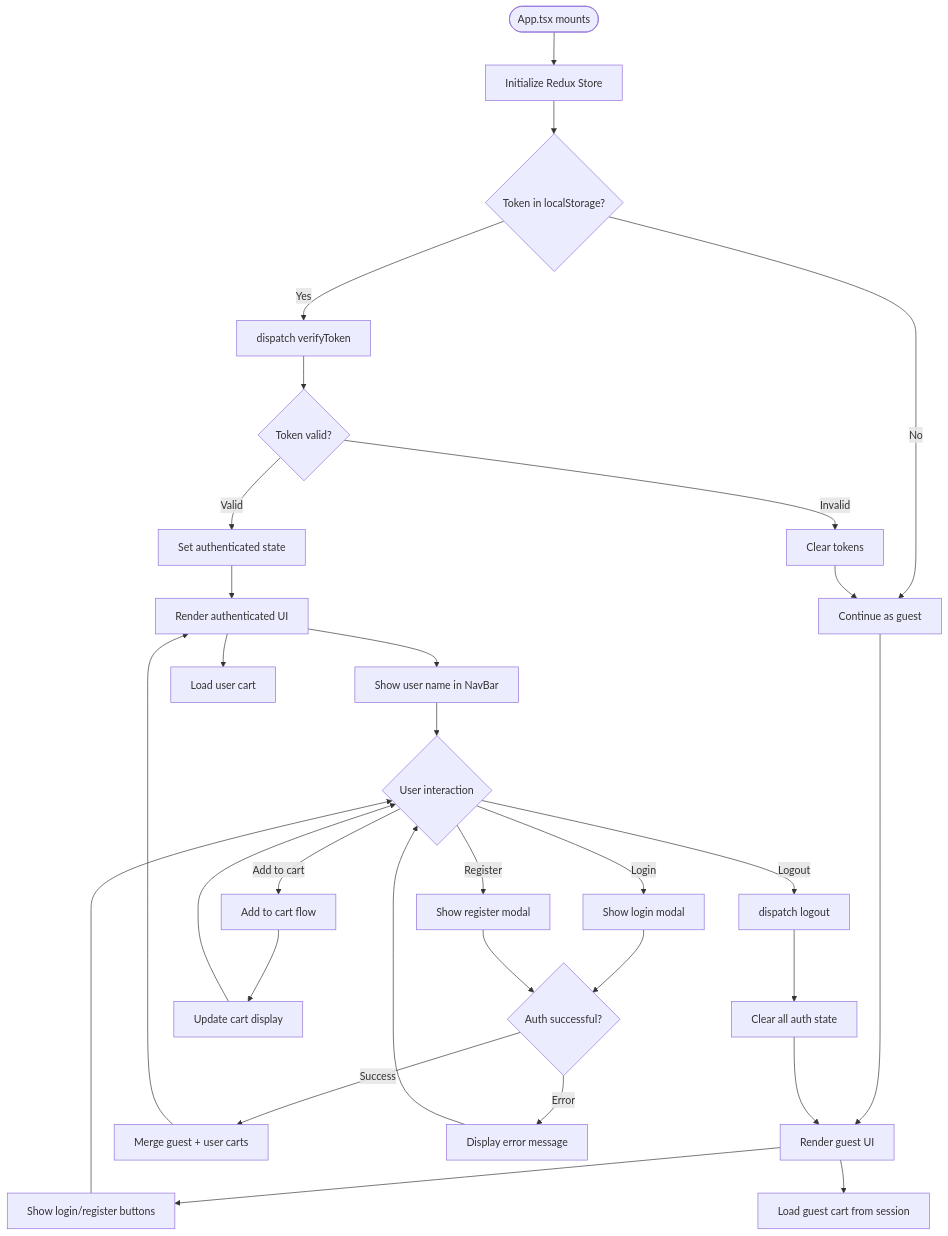
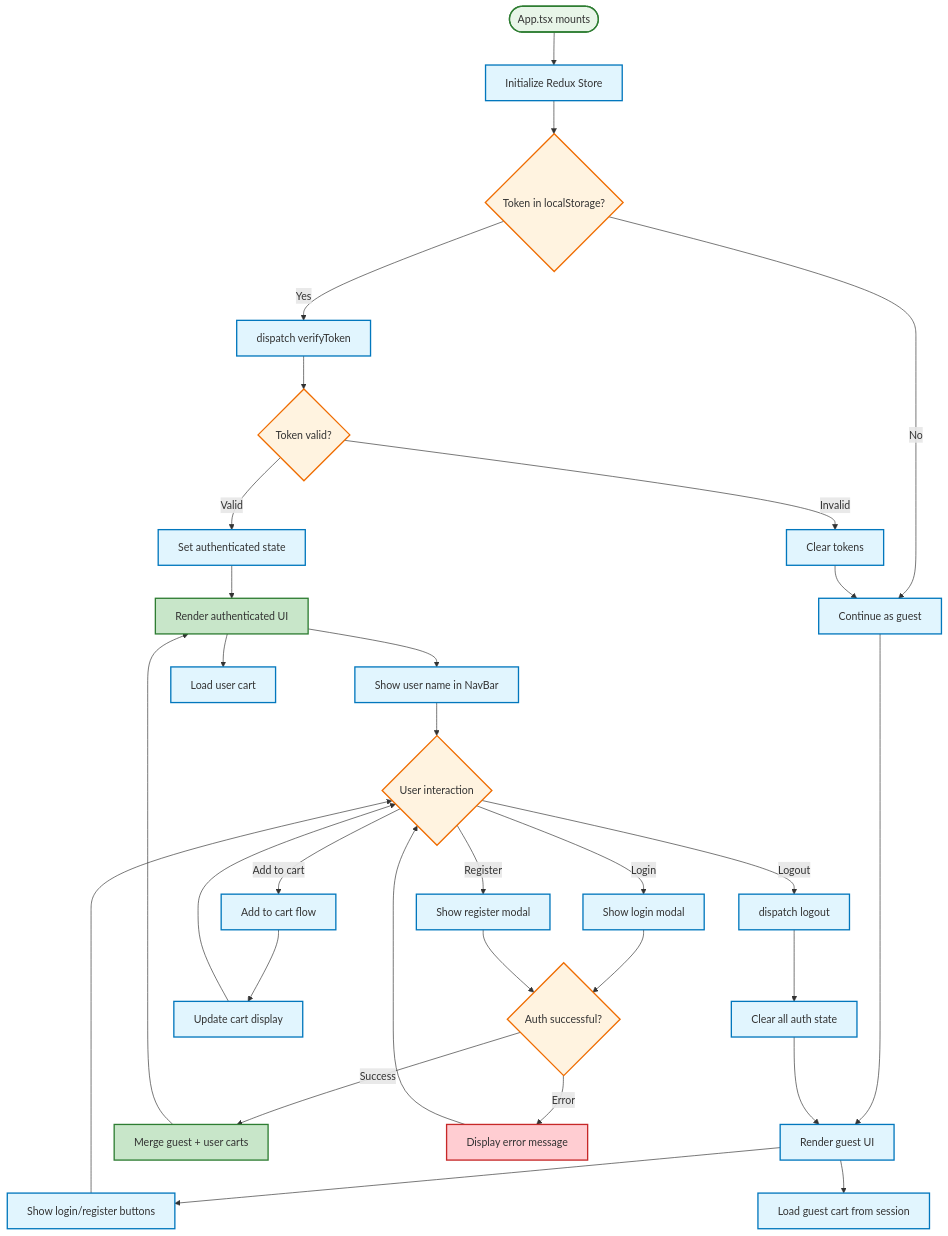
One commit to shmuelkapiloff/simple- changed the eighth of 16 diagrams in docs/SYSTEM_MAP.md. Above: the diagram before and after it, drawn with Mermaid. The commit also changed other lines of this file, not shown here.

Commit message:
style: Add comprehensive styling and colors to all flowcharts - Security, Search, Email, Admin, Payment, and Token Refresh flows

````diff
--- a/docs/SYSTEM_MAP.md
+++ b/docs/SYSTEM_MAP.md
@@ -692,45 +705,58 @@
 ```mermaid
 flowchart TD
     AppStart([App.tsx mounts]) --> LoadReduxStore[Initialize Redux Store]
     LoadReduxStore --> CheckInitialAuth{Token in localStorage?}
     
     CheckInitialAuth -->|Yes| DispatchVerify[dispatch verifyToken]
     CheckInitialAuth -->|No| GuestMode[Continue as guest]
     
     DispatchVerify --> TokenResult{Token valid?}
     TokenResult -->|Valid| SetAuthenticatedState[Set authenticated state]
     TokenResult -->|Invalid| ClearTokens[Clear tokens]
     ClearTokens --> GuestMode
     
     SetAuthenticatedState --> RenderAuthenticatedUI[Render authenticated UI]
     GuestMode --> RenderGuestUI[Render guest UI]
     
     RenderAuthenticatedUI --> ShowUserName[Show user name in NavBar]
     RenderAuthenticatedUI --> LoadUserCart[Load user cart]
     
     RenderGuestUI --> ShowLoginButtons[Show login/register buttons]
     RenderGuestUI --> LoadGuestCart[Load guest cart from session]
     
     ShowUserName --> UserInteraction{User interaction}
     ShowLoginButtons --> UserInteraction
     
     UserInteraction -->|Login| ShowLoginModal[Show login modal]
     UserInteraction -->|Register| ShowRegisterModal[Show register modal]
     UserInteraction -->|Logout| ProcessLogout[dispatch logout]
     UserInteraction -->|Add to cart| ProcessAddToCart[Add to cart flow]
     
     ShowLoginModal --> AuthResult{Auth successful?}
     ShowRegisterModal --> AuthResult
     
     AuthResult -->|Success| MergeCartsFlow[Merge guest + user carts]
     AuthResult -->|Error| ShowError[Display error message]
     
     ShowError --> UserInteraction
     MergeCartsFlow --> RenderAuthenticatedUI
     
     ProcessLogout --> ClearAllState[Clear all auth state]
     ClearAllState --> RenderGuestUI
     
     ProcessAddToCart --> UpdateCartUI[Update cart display]
     UpdateCartUI --> UserInteraction
+    
+    %% Styling
+    classDef success fill:#c8e6c9,stroke:#2e7d32,stroke-width:2px
+    classDef error fill:#ffcdd2,stroke:#c62828,stroke-width:2px
+    classDef process fill:#e1f5fe,stroke:#0277bd,stroke-width:2px
+    classDef decision fill:#fff3e0,stroke:#ef6c00,stroke-width:2px
+    classDef start fill:#e8f5e8,stroke:#2e7d32,stroke-width:2px
+
+    class AppStart start
+    class CheckInitialAuth,TokenResult,UserInteraction,AuthResult decision
+    class LoadReduxStore,GuestMode,DispatchVerify,SetAuthenticatedState,ClearTokens,RenderAuthenticatedUI,RenderGuestUI,ShowUserName,LoadUserCart,ShowLoginButtons,LoadGuestCart,ShowLoginModal,ShowRegisterModal,ProcessLogout,ProcessAddToCart,MergeCartsFlow,ClearAllState,UpdateCartUI process
+    class RenderAuthenticatedUI,MergeCartsFlow success
+    class ShowError error
 ```
````
